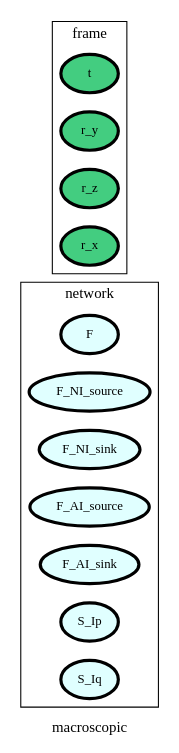
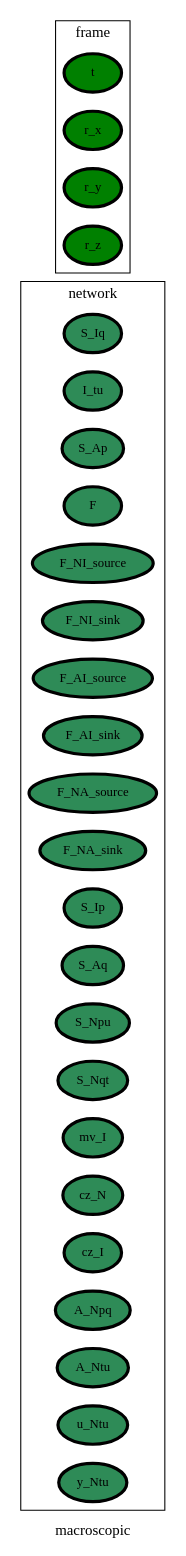
The diagram in packages/Common/RepositoryInfrastructure/ontology_graphs/graph__macroscopic.dot (heinz-preisig/ProMo13), drawn with Graphviz before and after one commit. The commit also changed 50 other files, not shown here.

```diff
--- a/packages/Common/RepositoryInfrastructure/ontology_graphs/graph__macroscopic.dot
+++ b/packages/Common/RepositoryInfrastructure/ontology_graphs/graph__macroscopic.dot
@@ -1,80 +1,94 @@
 digraph macroscopic {
 label=macroscopic;
 rankdir=LR;
 subgraph cluster_macroscopic___transport {
 label=transport;
 rankdir=LR;
 }
 
 subgraph cluster_macroscopic___geometry {
 label=geometry;
 rankdir=LR;
 }
 
 subgraph cluster_macroscopic___properties {
 label=properties;
 rankdir=LR;
 }
 
 subgraph cluster_macroscopic___network {
 label=network;
 rankdir=LR;
-V_2 [fillcolor=lightcyan1, fontsize=12, label=F, penwidth=3, style=filled];
-V_3 [fillcolor=lightcyan1, fontsize=12, label=F_NI_source, penwidth=3, style=filled];
-V_4 [fillcolor=lightcyan1, fontsize=12, label=F_NI_sink, penwidth=3, style=filled];
-V_5 [fillcolor=lightcyan1, fontsize=12, label=F_AI_source, penwidth=3, style=filled];
-V_6 [fillcolor=lightcyan1, fontsize=12, label=F_AI_sink, penwidth=3, style=filled];
-V_7 [fillcolor=lightcyan1, fontsize=12, label=S_Ip, penwidth=3, style=filled];
-V_8 [fillcolor=lightcyan1, fontsize=12, label=S_Iq, penwidth=3, style=filled];
+V_10 [fillcolor=seagreen, fontsize=12, label=S_Iq, penwidth=3, style=filled];
+V_11 [fillcolor=seagreen, fontsize=12, label=I_tu, penwidth=3, style=filled];
+V_12 [fillcolor=seagreen, fontsize=12, label=S_Ap, penwidth=3, style=filled];
+V_2 [fillcolor=seagreen, fontsize=12, label=F, penwidth=3, style=filled];
+V_3 [fillcolor=seagreen, fontsize=12, label=F_NI_source, penwidth=3, style=filled];
+V_4 [fillcolor=seagreen, fontsize=12, label=F_NI_sink, penwidth=3, style=filled];
+V_5 [fillcolor=seagreen, fontsize=12, label=F_AI_source, penwidth=3, style=filled];
+V_6 [fillcolor=seagreen, fontsize=12, label=F_AI_sink, penwidth=3, style=filled];
+V_7 [fillcolor=seagreen, fontsize=12, label=F_NA_source, penwidth=3, style=filled];
+V_8 [fillcolor=seagreen, fontsize=12, label=F_NA_sink, penwidth=3, style=filled];
+V_9 [fillcolor=seagreen, fontsize=12, label=S_Ip, penwidth=3, style=filled];
+V_13 [fillcolor=seagreen, fontsize=12, label=S_Aq, penwidth=3, style=filled];
+V_14 [fillcolor=seagreen, fontsize=12, label=S_Npu, penwidth=3, style=filled];
+V_15 [fillcolor=seagreen, fontsize=12, label=S_Nqt, penwidth=3, style=filled];
+V_16 [fillcolor=seagreen, fontsize=12, label=mv_I, penwidth=3, style=filled];
+V_17 [fillcolor=seagreen, fontsize=12, label=cz_N, penwidth=3, style=filled];
+V_18 [fillcolor=seagreen, fontsize=12, label=cz_I, penwidth=3, style=filled];
+V_19 [fillcolor=seagreen, fontsize=12, label=A_Npq, penwidth=3, style=filled];
+V_20 [fillcolor=seagreen, fontsize=12, label=A_Ntu, penwidth=3, style=filled];
+V_21 [fillcolor=seagreen, fontsize=12, label=u_Ntu, penwidth=3, style=filled];
+V_22 [fillcolor=seagreen, fontsize=12, label=y_Ntu, penwidth=3, style=filled];
 }
 
 subgraph cluster_macroscopic___differenceOperator {
 label=differenceOperator;
 rankdir=LR;
 }
 
 subgraph cluster_macroscopic___frame {
 label=frame;
 rankdir=LR;
-V_1 [fillcolor=seagreen3, fontsize=12, label=t, penwidth=3, style=filled];
-V_10 [fillcolor=seagreen3, fontsize=12, label=r_y, penwidth=3, style=filled];
-V_11 [fillcolor=seagreen3, fontsize=12, label=r_z, penwidth=3, style=filled];
-V_9 [fillcolor=seagreen3, fontsize=12, label=r_x, penwidth=3, style=filled];
+V_1 [fillcolor=green, fontsize=12, label=t, penwidth=3, style=filled];
+V_23 [fillcolor=green, fontsize=12, label=r_x, penwidth=3, style=filled];
+V_24 [fillcolor=green, fontsize=12, label=r_y, penwidth=3, style=filled];
+V_25 [fillcolor=green, fontsize=12, label=r_z, penwidth=3, style=filled];
 }
 
 subgraph cluster_macroscopic___state {
 label=state;
 rankdir=LR;
 }
 
 subgraph cluster_macroscopic___constant {
 label=constant;
 rankdir=LR;
 }
 
 subgraph cluster_macroscopic___effort {
 label=effort;
 rankdir=LR;
 }
 
 subgraph cluster_macroscopic___secondaryState {
 label=secondaryState;
 rankdir=LR;
 }
 
 subgraph cluster_macroscopic___conversion {
 label=conversion;
 rankdir=LR;
 }
 
 subgraph cluster_macroscopic___diffState {
 label=diffState;
 rankdir=LR;
 }
 
 subgraph cluster_macroscopic___internalTransport {
 label=internalTransport;
 rankdir=LR;
 }
 
 }
```
